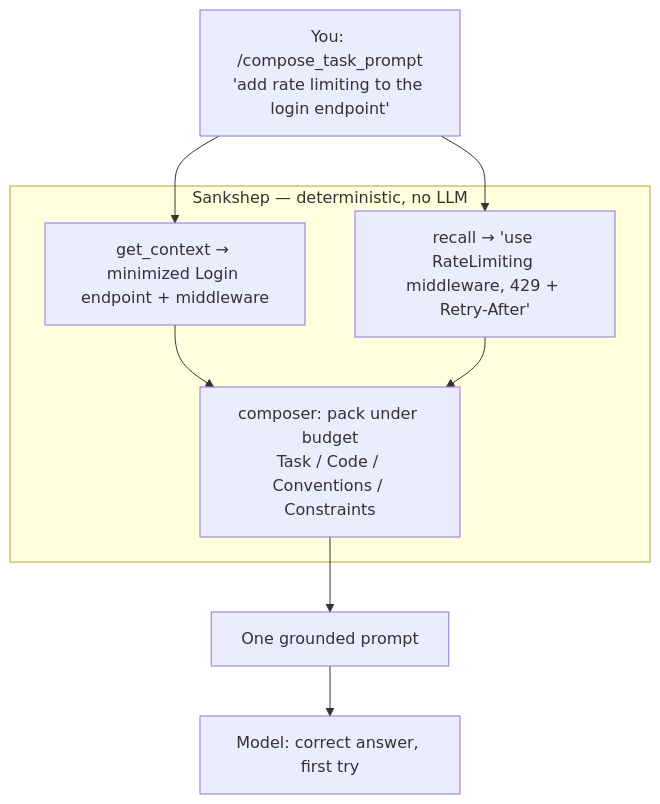
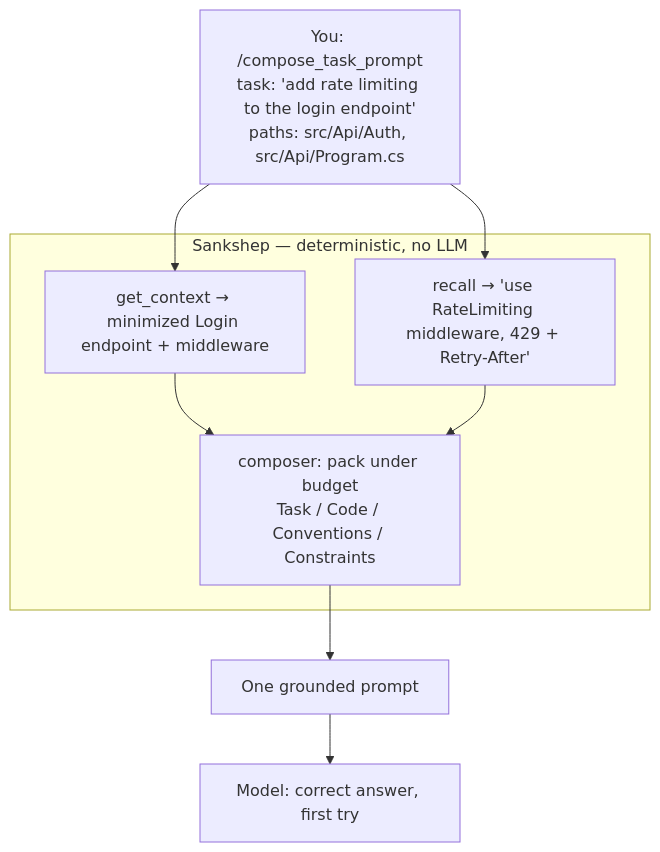
One commit to nitinpawar28/sankshep-docs changed the second of 3 diagrams in docs/composer.md. Above: the diagram before and after it, drawn with Mermaid. The commit also changed other lines of this file and 16 other files, not shown here.

````diff
--- a/docs/composer.md
+++ b/docs/composer.md
@@ -60,14 +60,14 @@
 ```mermaid
 flowchart TB
-    U["You: /compose_task_prompt<br/>'add rate limiting to the login endpoint'"]
+    U["You: /compose_task_prompt<br/>task: 'add rate limiting to the login endpoint'<br/>paths: src/Api/Auth, src/Api/Program.cs"]
     subgraph S["Sankshep — deterministic, no LLM"]
         GC["get_context → minimized Login endpoint + middleware"]
         RC["recall → 'use RateLimiting middleware, 429 + Retry-After'"]
         CMP["composer: pack under budget<br/>Task / Code / Conventions / Constraints"]
     end
     P["One grounded prompt"]
     M["Model: correct answer, first try"]
     U --> GC --> CMP
     U --> RC --> CMP
     CMP --> P --> M
 ```
````
